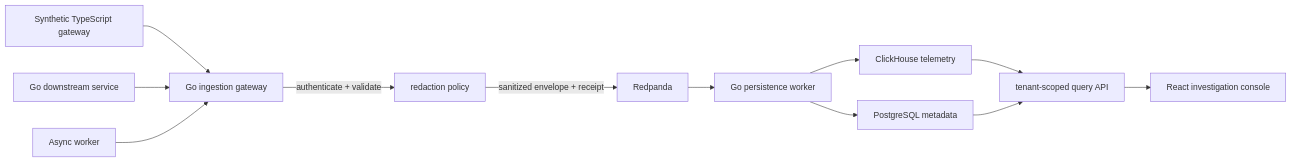
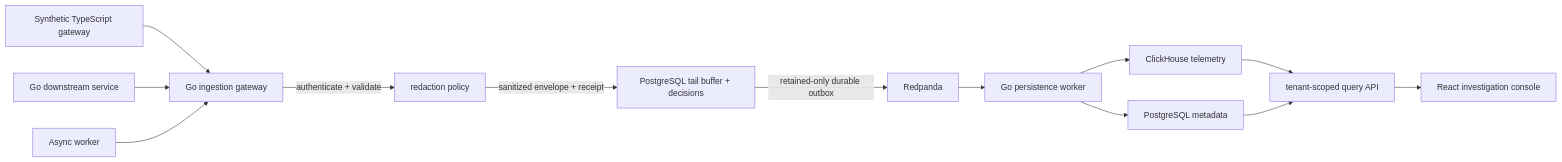
One commit to Vivek-Borole/privacy-aware-observability-platform changed the diagram in docs/architecture.md. Above: the diagram before and after it, drawn with Mermaid. The commit also changed other lines of this file and 6 other files, not shown here.

Commit message:
test: evidence durable tail sampling decisions

````diff
--- a/docs/architecture.md
+++ b/docs/architecture.md
@@ -3,14 +3,15 @@
 ```mermaid
 flowchart LR
   A["Synthetic TypeScript gateway"] --> G["Go ingestion gateway"]
   B["Go downstream service"] --> G
   C["Async worker"] --> G
   G -->|"authenticate + validate"| R["redaction policy"]
-  R -->|"sanitized envelope + receipt"| K["Redpanda"]
+  R -->|"sanitized envelope + receipt"| T["PostgreSQL tail buffer + decisions"]
+  T -->|"retained-only durable outbox"| K["Redpanda"]
   K --> W["Go persistence worker"]
   W --> H["ClickHouse telemetry"]
   W --> P["PostgreSQL metadata"]
   H --> Q["tenant-scoped query API"]
   P --> Q
   Q --> U["React investigation console"]
 ```
````
